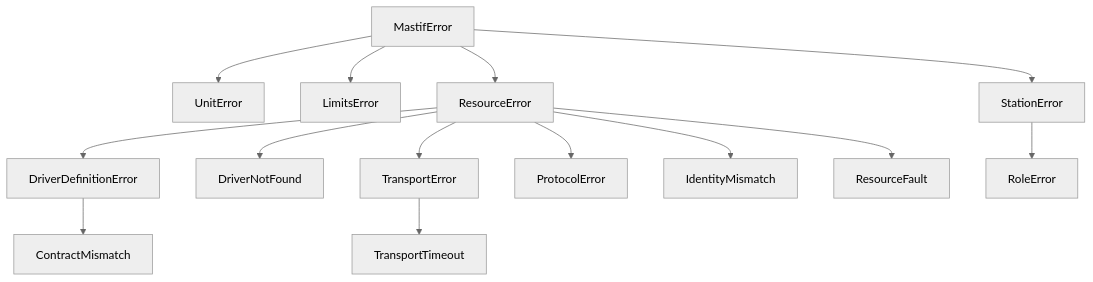
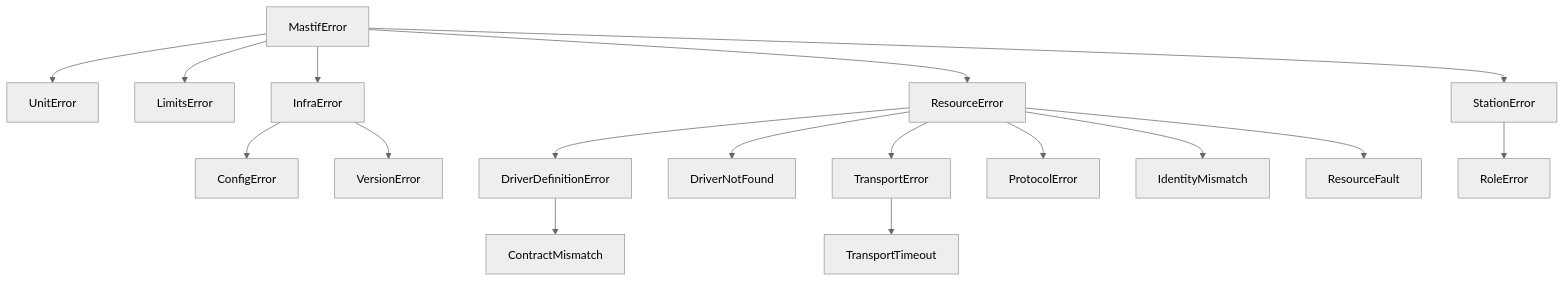
Before and after one commit to PuglyD/mastif: the first of 2 diagrams in docs/adr/0002-error-model.md, drawn with Mermaid (neutral theme). The commit also changed other lines of this file and 19 other files, not shown here.

````diff
--- a/docs/adr/0002-error-model.md
+++ b/docs/adr/0002-error-model.md
@@ -46,14 +46,17 @@
 ```mermaid
 flowchart TB
     ME[MastifError] --> UE[UnitError]
     ME --> LE[LimitsError]
+    ME --> IE[InfraError]
+    IE --> CE[ConfigError]
+    IE --> VE[VersionError]
     ME --> RE[ResourceError]
     ME --> SE[StationError]
     RE --> DDE[DriverDefinitionError] --> CM[ContractMismatch]
     RE --> DNF[DriverNotFound]
     RE --> TE[TransportError] --> TT[TransportTimeout]
     RE --> PE[ProtocolError]
     RE --> IM[IdentityMismatch]
     RE --> RF[ResourceFault]
     SE --> ROLE[RoleError]
 ```
````
